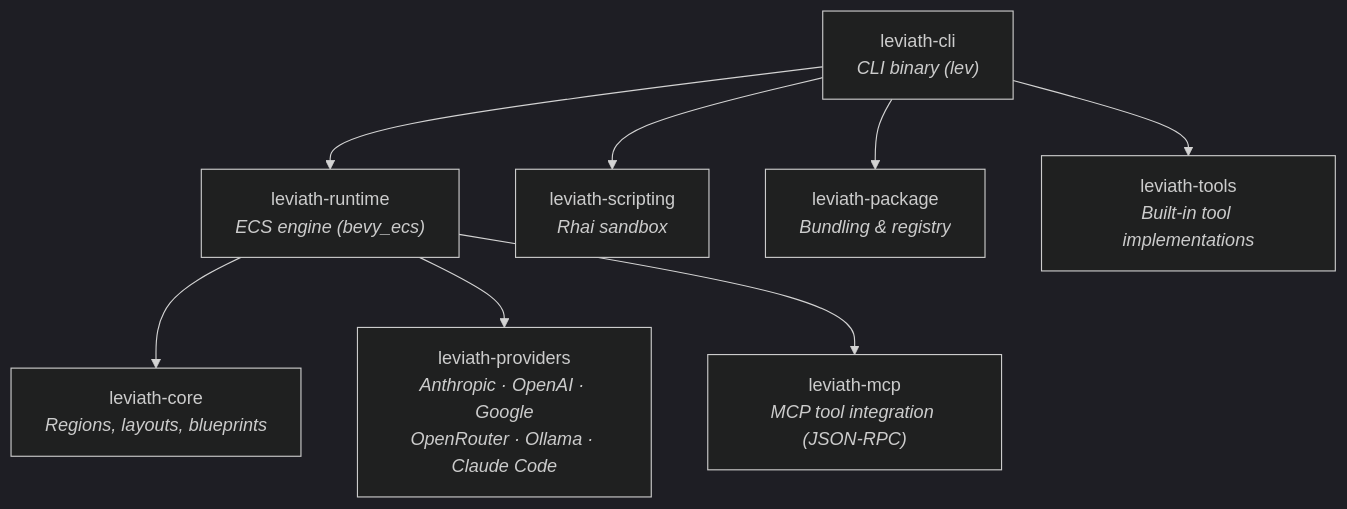
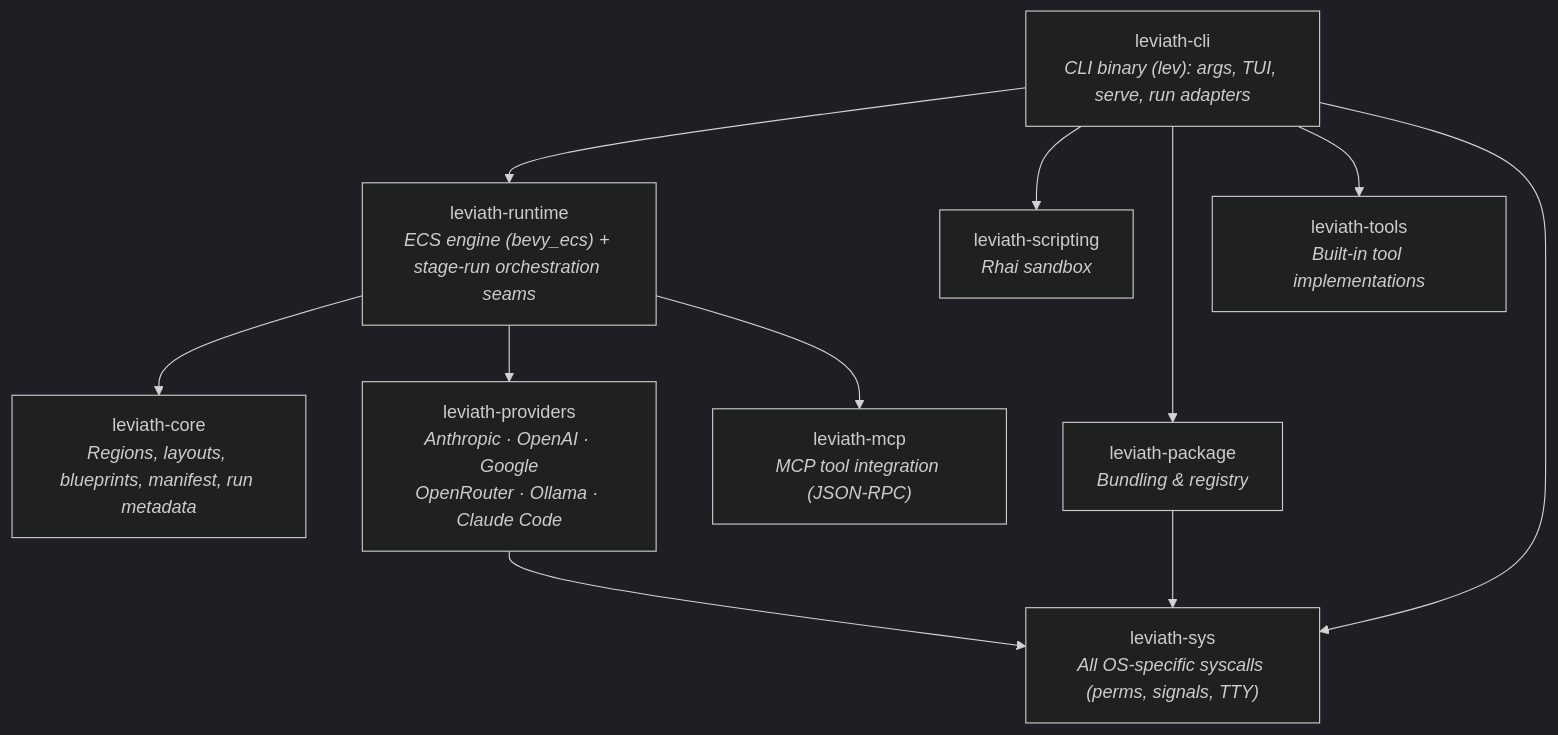
The diagram in README.md (GEMISIS/leviath), drawn with Mermaid (dark theme) before and after one commit. The commit also changed other lines of this file and 2 other files, not shown here.

Commit message:
refactor(providers): extract shared OpenAI-compat send lifecycle; route openrouter
Add openai_compat::send_chat_request, consolidating the duplicated
send-and-handle lifecycle (debug-http request/error/response logging,
POST with headers + JSON body, transport-error mapping, check_http_response,
rate-limiter backoff reset). Route OpenRouter's infer/infer_stream through
it. Wire format is byte-identical; OpenRouter keeps its own build_request_body
(anthropic cache_control + caps-based temperature omission are genuine wire
differences). debug-http header logging preserved via the same header slice.

````diff
--- a/README.md
+++ b/README.md
@@ -306,19 +306,23 @@
 ```mermaid
 graph TD
-    CLI["leviath-cli<br/><i>CLI binary (lev)</i>"]
-    RT["leviath-runtime<br/><i>ECS engine (bevy_ecs)</i>"]
-    CORE["leviath-core<br/><i>Regions, layouts, blueprints</i>"]
+    CLI["leviath-cli<br/><i>CLI binary (lev): args, TUI, serve, run adapters</i>"]
+    RT["leviath-runtime<br/><i>ECS engine (bevy_ecs) + stage-run orchestration seams</i>"]
+    CORE["leviath-core<br/><i>Regions, layouts, blueprints, manifest, run metadata</i>"]
     PROV["leviath-providers<br/><i>Anthropic · OpenAI · Google<br/>OpenRouter · Ollama · Claude Code</i>"]
     MCP["leviath-mcp<br/><i>MCP tool integration (JSON-RPC)</i>"]
     SCRIPT["leviath-scripting<br/><i>Rhai sandbox</i>"]
     PKG["leviath-package<br/><i>Bundling & registry</i>"]
     TOOLS["leviath-tools<br/><i>Built-in tool implementations</i>"]
+    SYS["leviath-sys<br/><i>All OS-specific syscalls (perms, signals, TTY)</i>"]
 
     CLI --> RT
     CLI --> SCRIPT
     CLI --> PKG
     CLI --> TOOLS
+    CLI --> SYS
     RT --> CORE
     RT --> PROV
     RT --> MCP
+    PROV --> SYS
+    PKG --> SYS
 ```
````
